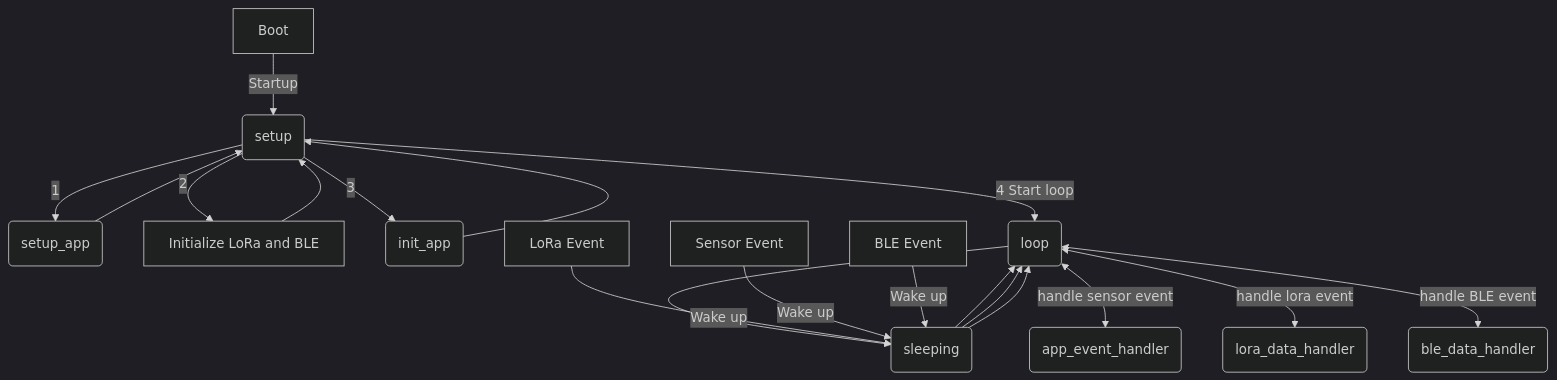
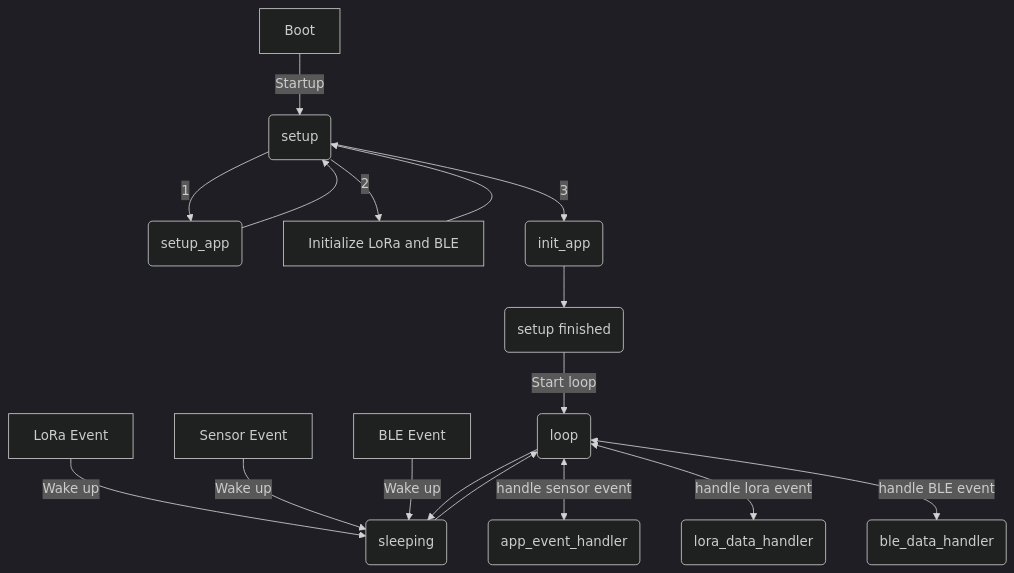
One commit to beegee-tokyo/WisBlock-API changed the diagram in README.md. Above: the diagram before and after it, drawn with Mermaid (dark theme).

Commit message:
Improve Flow Diagram

````diff
--- a/README.md
+++ b/README.md
@@ -82,21 +82,19 @@
 ```mermaid
-flowchart TD
+graph TD
 A[Boot] -->|Startup| B(setup)
     B --> |1| D(setup_app)
-        D --> B
+        D --> B(setup)
     B --> |2| E[Initialize LoRa and BLE]
-        E --> B
-    B --> |3| F(init_app)
-        F --> B
-    B --> | 4 Start loop| C(loop)
-        C --> G(sleeping)
-        C <--> |handle sensor event| H(app_event_handler)
-        C <--> |handle lora event| I(lora_data_handler)
-        C <--> |handle BLE event| J(ble_data_handler)
-            K[LoRa Event] --> |Wake up| G
-    G --> C
-            L[Sensor Event] --> |Wake up| G    
-    G --> C
-            M[BLE Event] --> |Wake up| G   
-    G --> C
+        E --> B(setup)
+    B --> |3| G(init_app)
+        G --> K(setup finished)
+    K --> | Start loop| I(loop)
+        Q[LoRa Event] --> |Wake up| J
+        O[Sensor Event] --> |Wake up| J    
+        P[BLE Event] --> |Wake up| J   
+        I --> J(sleeping)
+        I <--> |handle sensor event| L(app_event_handler)
+        I <--> |handle lora event| M(lora_data_handler)
+        I <--> |handle BLE event| N(ble_data_handler)
+    J --> I
 ```
````
